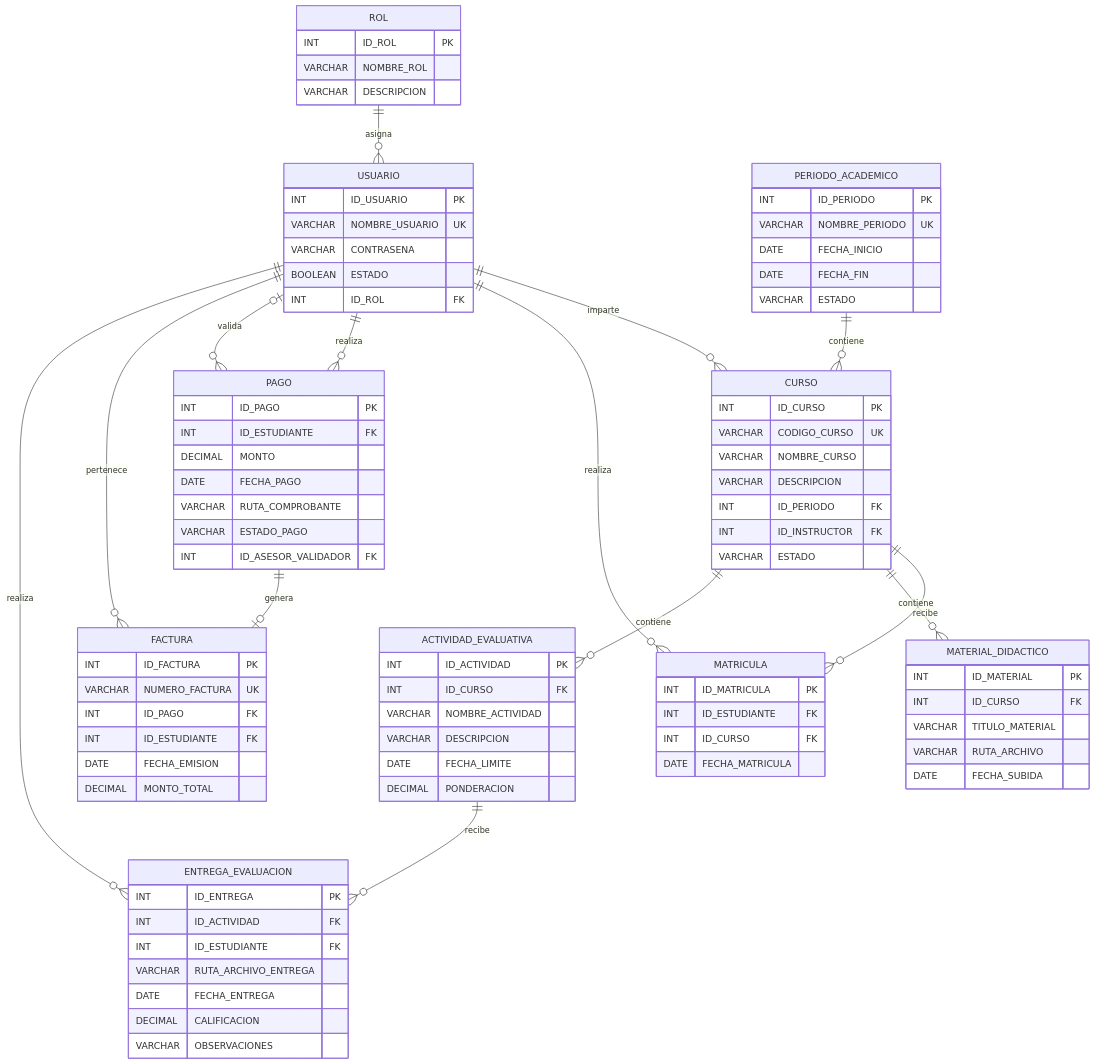
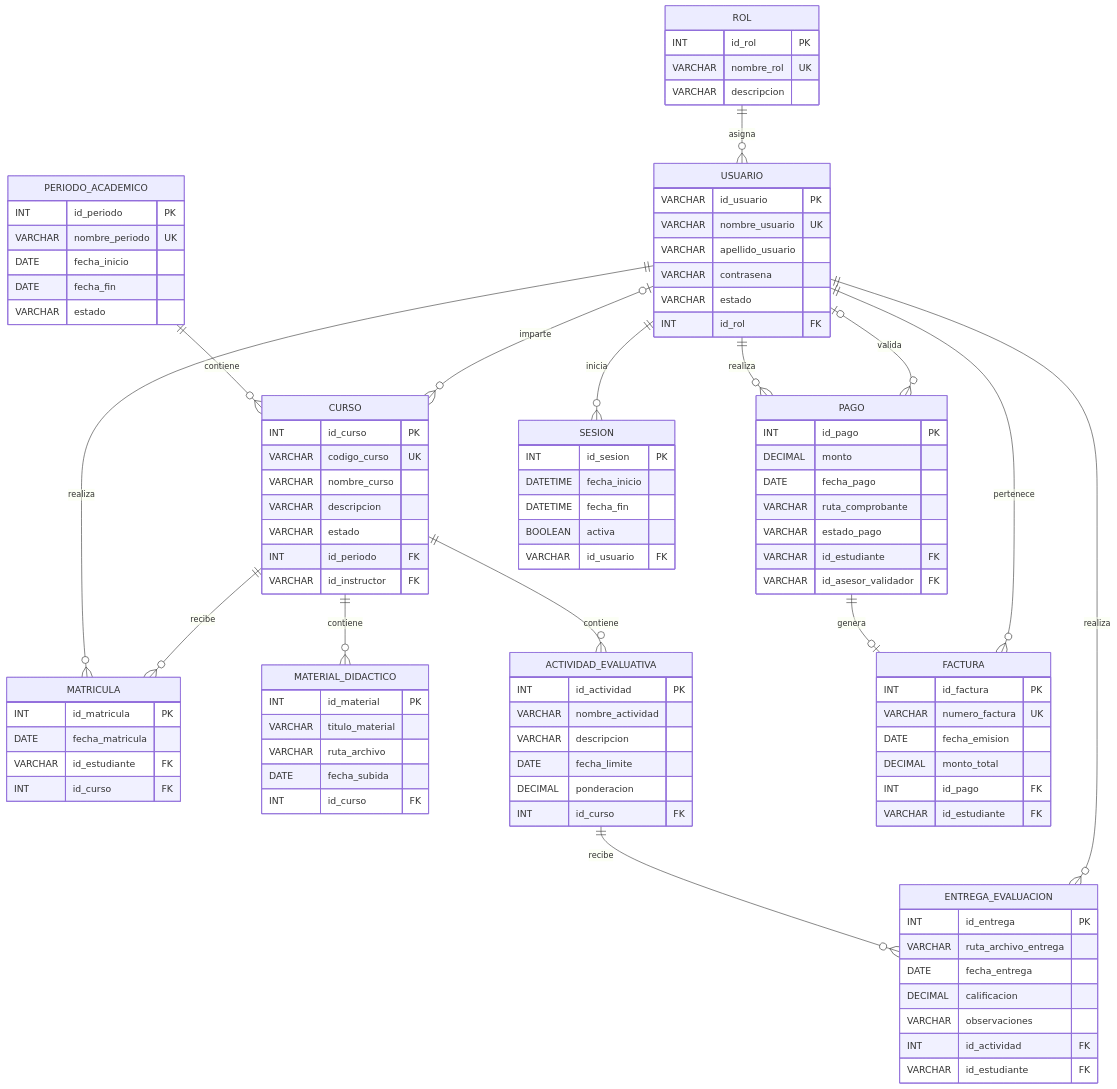
The diagram in uml/05-modelo-relacional.mmd (EdgardS04SV/2602-PrograII_GestionAcademica), drawn with Mermaid before and after one commit. The commit also changed 5 other files, not shown here.

Commit message:
Se actualizan todos los diagramas uml luego de validar consistencia y se agrega el diagrama de arquitectura

```diff
--- a/uml/05-modelo-relacional.mmd
+++ b/uml/05-modelo-relacional.mmd
@@ -1,108 +1,120 @@
 erDiagram
 
     ROL {
-        INT ID_ROL PK
-        VARCHAR NOMBRE_ROL
-        VARCHAR DESCRIPCION
+        INT id_rol PK
+        VARCHAR nombre_rol UK
+        VARCHAR descripcion
     }
 
     USUARIO {
-        INT ID_USUARIO PK
-        VARCHAR NOMBRE_USUARIO UK
-        VARCHAR CONTRASENA
-        BOOLEAN ESTADO
-        INT ID_ROL FK
+        VARCHAR id_usuario PK
+        VARCHAR nombre_usuario UK
+        VARCHAR apellido_usuario
+        VARCHAR contrasena
+        VARCHAR estado
+        INT id_rol FK
     }
 
     PERIODO_ACADEMICO {
-        INT ID_PERIODO PK
-        VARCHAR NOMBRE_PERIODO UK
-        DATE FECHA_INICIO
-        DATE FECHA_FIN
-        VARCHAR ESTADO
+        INT id_periodo PK
+        VARCHAR nombre_periodo UK
+        DATE fecha_inicio
+        DATE fecha_fin
+        VARCHAR estado
     }
 
     CURSO {
-        INT ID_CURSO PK
-        VARCHAR CODIGO_CURSO UK
-        VARCHAR NOMBRE_CURSO
-        VARCHAR DESCRIPCION
-        INT ID_PERIODO FK
-        INT ID_INSTRUCTOR FK
-        VARCHAR ESTADO
+        INT id_curso PK
+        VARCHAR codigo_curso UK
+        VARCHAR nombre_curso
+        VARCHAR descripcion
+        VARCHAR estado
+        INT id_periodo FK
+        VARCHAR id_instructor FK
     }
 
     MATRICULA {
-        INT ID_MATRICULA PK
-        INT ID_ESTUDIANTE FK
-        INT ID_CURSO FK
-        DATE FECHA_MATRICULA
+        INT id_matricula PK
+        DATE fecha_matricula
+        VARCHAR id_estudiante FK
+        INT id_curso FK
+    }
+
+    MATERIAL_DIDACTICO {
+        INT id_material PK
+        VARCHAR titulo_material
+        VARCHAR ruta_archivo
+        DATE fecha_subida
+        INT id_curso FK
+    }
+
+    ACTIVIDAD_EVALUATIVA {
+        INT id_actividad PK
+        VARCHAR nombre_actividad
+        VARCHAR descripcion
+        DATE fecha_limite
+        DECIMAL ponderacion
+        INT id_curso FK
+    }
+
+    ENTREGA_EVALUACION {
+        INT id_entrega PK
+        VARCHAR ruta_archivo_entrega
+        DATE fecha_entrega
+        DECIMAL calificacion
+        VARCHAR observaciones
+        INT id_actividad FK
+        VARCHAR id_estudiante FK
     }
 
     PAGO {
-        INT ID_PAGO PK
-        INT ID_ESTUDIANTE FK
-        DECIMAL MONTO
-        DATE FECHA_PAGO
-        VARCHAR RUTA_COMPROBANTE
-        VARCHAR ESTADO_PAGO
-        INT ID_ASESOR_VALIDADOR FK
+        INT id_pago PK
+        DECIMAL monto
+        DATE fecha_pago
+        VARCHAR ruta_comprobante
+        VARCHAR estado_pago
+        VARCHAR id_estudiante FK
+        VARCHAR id_asesor_validador FK
     }
 
     FACTURA {
-        INT ID_FACTURA PK
-        VARCHAR NUMERO_FACTURA UK
-        INT ID_PAGO FK
-        INT ID_ESTUDIANTE FK
-        DATE FECHA_EMISION
-        DECIMAL MONTO_TOTAL
+        INT id_factura PK
+        VARCHAR numero_factura UK
+        DATE fecha_emision
+        DECIMAL monto_total
+        INT id_pago FK
+        VARCHAR id_estudiante FK
     }
 
-    MATERIAL_DIDACTICO {
-        INT ID_MATERIAL PK
-        INT ID_CURSO FK
-        VARCHAR TITULO_MATERIAL
-        VARCHAR RUTA_ARCHIVO
-        DATE FECHA_SUBIDA
+    SESION {
+        INT id_sesion PK
+        DATETIME fecha_inicio
+        DATETIME fecha_fin
+        BOOLEAN activa
+        VARCHAR id_usuario FK
     }
 
-    ACTIVIDAD_EVALUATIVA {
-        INT ID_ACTIVIDAD PK
-        INT ID_CURSO FK
-        VARCHAR NOMBRE_ACTIVIDAD
-        VARCHAR DESCRIPCION
-        DATE FECHA_LIMITE
-        DECIMAL PONDERACION
-    }
-
-    ENTREGA_EVALUACION {
-        INT ID_ENTREGA PK
-        INT ID_ACTIVIDAD FK
-        INT ID_ESTUDIANTE FK
-        VARCHAR RUTA_ARCHIVO_ENTREGA
-        DATE FECHA_ENTREGA
-        DECIMAL CALIFICACION
-        VARCHAR OBSERVACIONES
-    }
 
     ROL ||--o{ USUARIO : asigna
 
     PERIODO_ACADEMICO ||--o{ CURSO : contiene
 
-    USUARIO ||--o{ CURSO : imparte
+    USUARIO o|--o{ CURSO : imparte
 
     USUARIO ||--o{ MATRICULA : realiza
     CURSO ||--o{ MATRICULA : recibe
+
+    CURSO ||--o{ MATERIAL_DIDACTICO : contiene
+
+    CURSO ||--o{ ACTIVIDAD_EVALUATIVA : contiene
+
+    ACTIVIDAD_EVALUATIVA ||--o{ ENTREGA_EVALUACION : recibe
+    USUARIO ||--o{ ENTREGA_EVALUACION : realiza
 
     USUARIO ||--o{ PAGO : realiza
     USUARIO o|--o{ PAGO : valida
 
     PAGO ||--o| FACTURA : genera
     USUARIO ||--o{ FACTURA : pertenece
 
-    CURSO ||--o{ MATERIAL_DIDACTICO : contiene
-
-    CURSO ||--o{ ACTIVIDAD_EVALUATIVA : contiene
-
-    ACTIVIDAD_EVALUATIVA ||--o{ ENTREGA_EVALUACION : recibe
-    USUARIO ||--o{ ENTREGA_EVALUACION : realiza
+    USUARIO ||--o{ SESION : inicia
```
